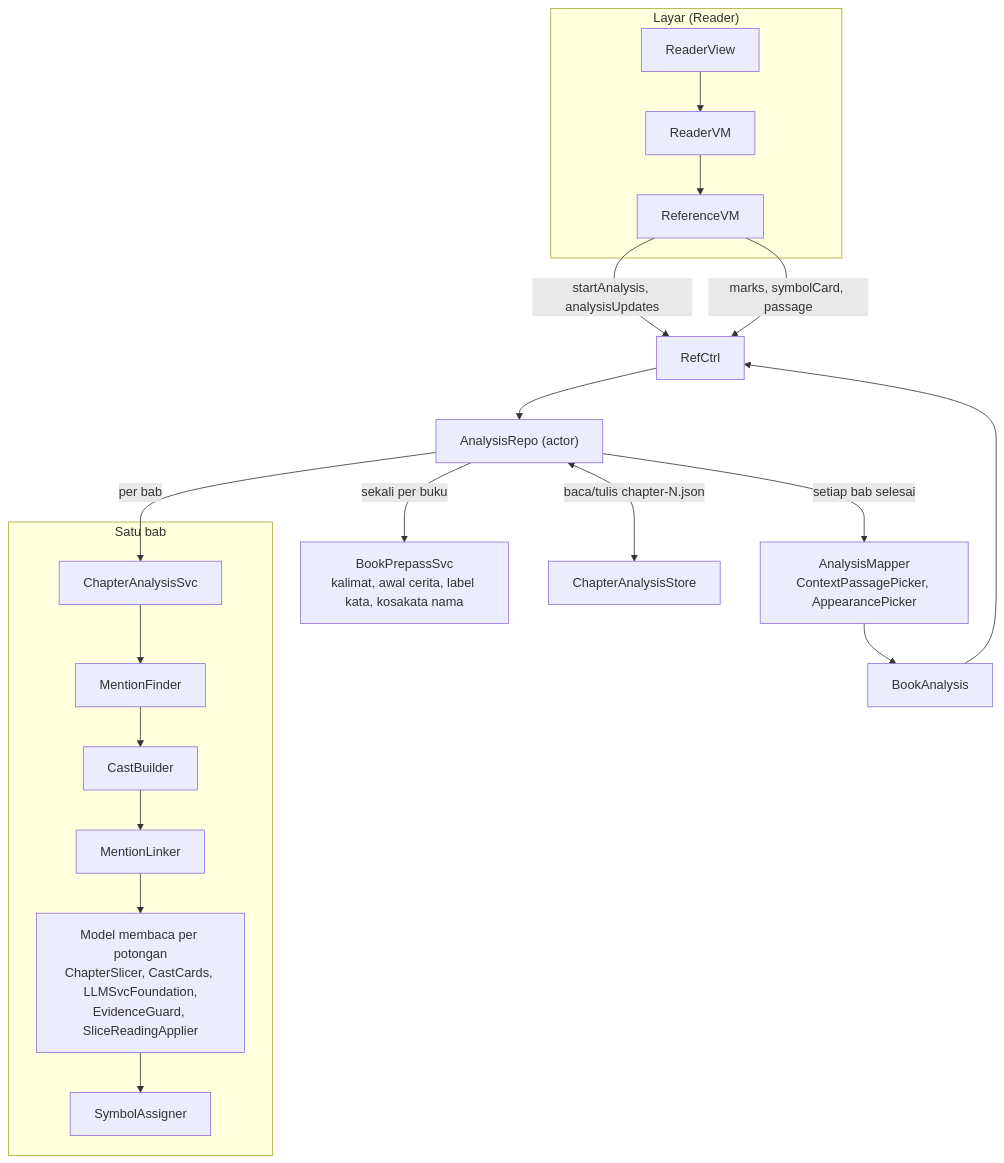
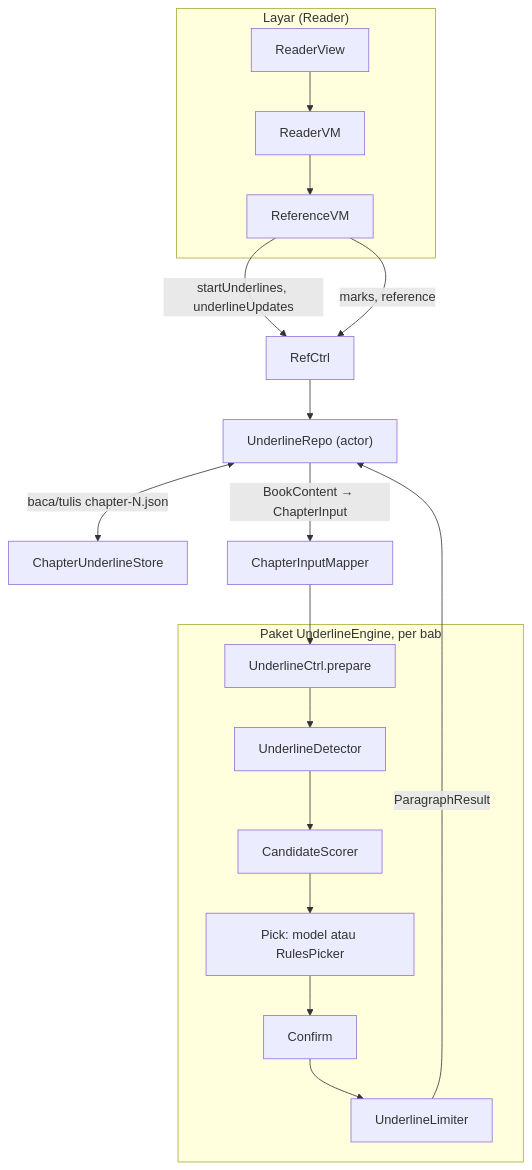
One commit to AftrHours/iRead changed the first of 2 diagrams in WALKTHROUGH.md. Above: the diagram before and after it, drawn with Mermaid. The commit also changed other lines of this file and 3 other files, not shown here.

Commit message:
fix: [AB] Cleanup architecture and add debugreport

````diff
--- a/WALKTHROUGH.md
+++ b/WALKTHROUGH.md
@@ -38,20 +40,20 @@
 ```mermaid
 flowchart TB
     subgraph Layar["Layar (Reader)"]
         RV["ReaderView"] --> RVM["ReaderVM"] --> REF["ReferenceVM"]
     end
-    REF -->|"startAnalysis, analysisUpdates"| RC["RefCtrl"]
-    REF -->|"marks, symbolCard, passage"| RC
-    RC --> AR["AnalysisRepo (actor)"]
-    AR -->|"sekali per buku"| PRE["BookPrepassSvc<br/>kalimat, awal cerita, label kata, kosakata nama"]
-    AR -->|"per bab"| CAS["ChapterAnalysisSvc"]
-    AR <-->|"baca/tulis chapter-N.json"| ST["ChapterAnalysisStore"]
-    subgraph Bab["Satu bab"]
-        CAS --> MF["MentionFinder"] --> CB["CastBuilder"] --> ML["MentionLinker"]
-        ML --> SR["Model membaca per potongan<br/>ChapterSlicer, CastCards, LLMSvcFoundation,<br/>EvidenceGuard, SliceReadingApplier"]
-        SR --> SA["SymbolAssigner"]
+    REF -->|"startUnderlines, underlineUpdates"| RC["RefCtrl"]
+    REF -->|"marks, reference"| RC
+    RC --> UR["UnderlineRepo (actor)"]
+    UR <-->|"baca/tulis chapter-N.json"| ST["ChapterUnderlineStore"]
+    UR -->|"BookContent → ChapterInput"| MAP["ChapterInputMapper"]
+    MAP --> CTRL
+    subgraph Paket["Paket UnderlineEngine, per bab"]
+        CTRL["UnderlineCtrl.prepare"] --> DET["UnderlineDetector"]
+        DET --> SEA["CandidateScorer"]
+        SEA --> PICK["Pick: model atau RulesPicker"]
+        PICK --> CONF["Confirm"]
+        CONF --> LIM["UnderlineLimiter"]
     end
-    AR -->|"setiap bab selesai"| MAP["AnalysisMapper<br/>ContextPassagePicker, AppearancePicker"]
-    MAP --> BA["BookAnalysis"]
-    BA --> RC
+    LIM -->|"ParagraphResult"| UR
 ```
````
